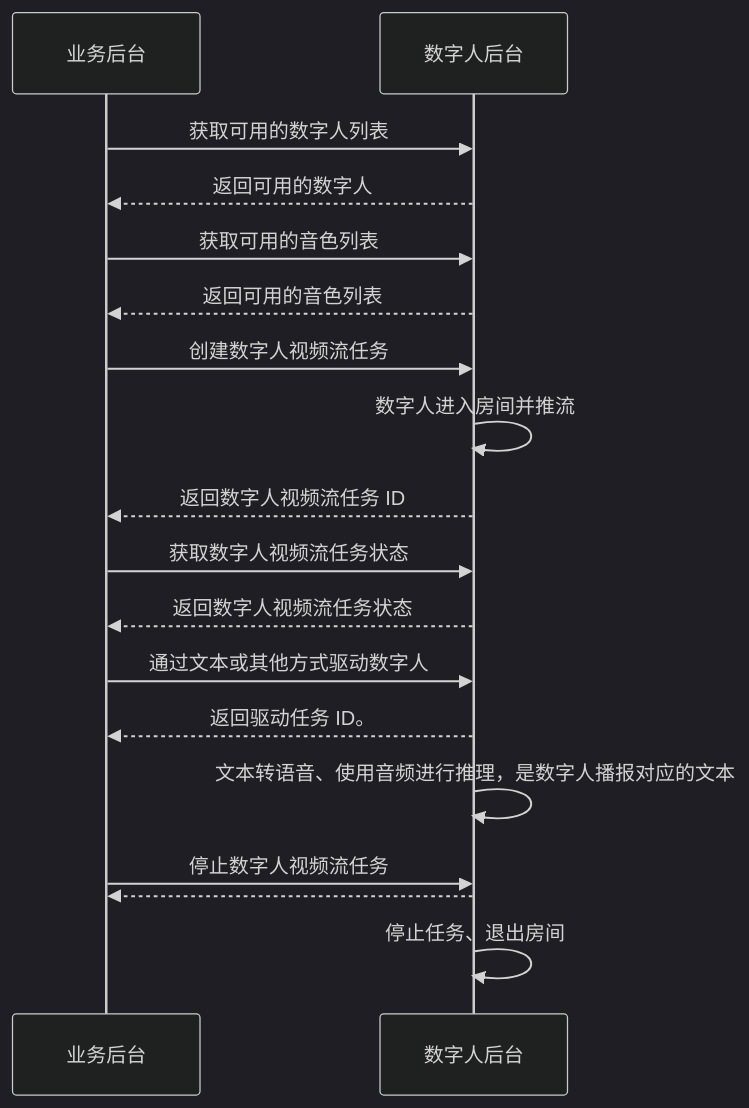
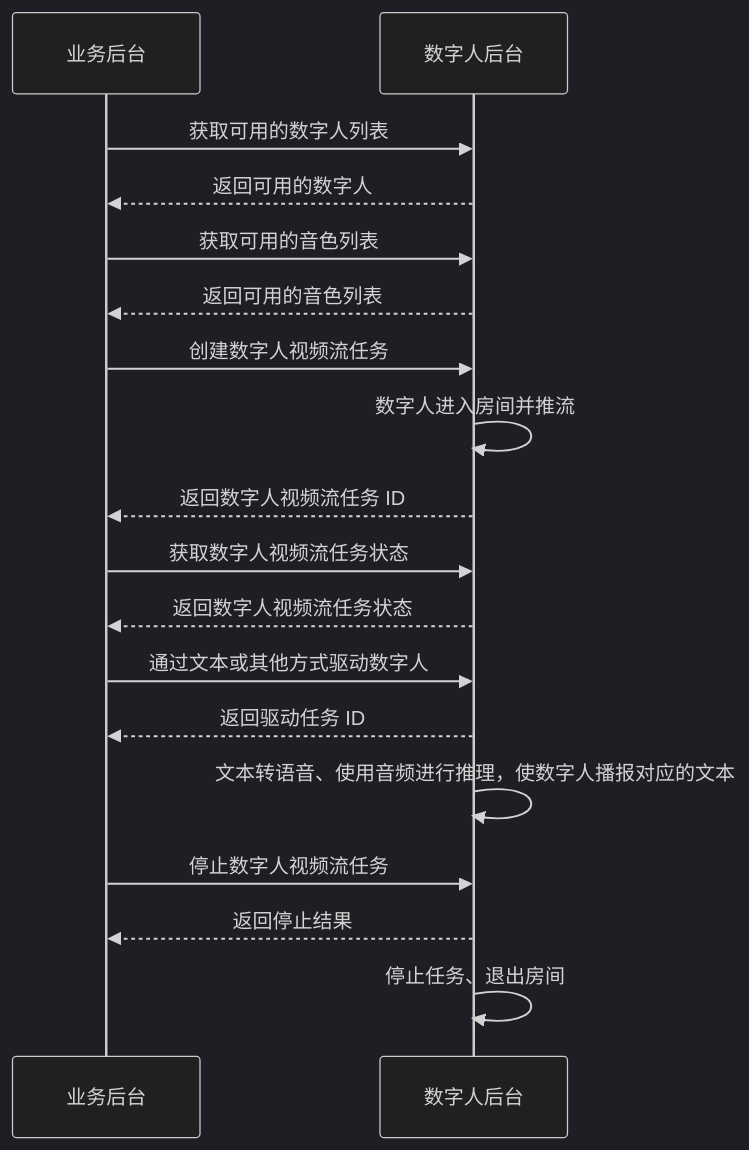
Before and after one commit to ZEGOCLOUD/docs_all: the diagram in core_products/digital-human/zh/server/quick-start/digital-human-livestreaming.mdx, drawn with Mermaid (dark theme). The commit also changed 2 other files, not shown here.

Commit message:
Refactor digital human API documentation structure by updating sidebar paths and correcting platform labels. Enhance clarity in the quick start guide for livestreaming integration.

````diff
--- a/core_products/digital-human/zh/server/quick-start/digital-human-livestreaming.mdx
+++ b/core_products/digital-human/zh/server/quick-start/digital-human-livestreaming.mdx
@@ -23,21 +23,21 @@
 ```mermaid
 sequenceDiagram
     participant 业务后台
     participant 数字人后台
 
     业务后台->>数字人后台: 获取可用的数字人列表
     数字人后台-->>业务后台: 返回可用的数字人
     业务后台->>数字人后台: 获取可用的音色列表
     数字人后台-->>业务后台: 返回可用的音色列表
     业务后台->>数字人后台: 创建数字人视频流任务
     数字人后台->>数字人后台: 数字人进入房间并推流
     数字人后台-->>业务后台: 返回数字人视频流任务 ID
     业务后台->>数字人后台: 获取数字人视频流任务状态
     数字人后台-->>业务后台: 返回数字人视频流任务状态
     业务后台->>数字人后台: 通过文本或其他方式驱动数字人
-    数字人后台-->>业务后台: 返回驱动任务 ID。
-    数字人后台->>数字人后台: 文本转语音、使用音频进行推理，是数字人播报对应的文本
+    数字人后台-->>业务后台: 返回驱动任务 ID
+    数字人后台->>数字人后台: 文本转语音、使用音频进行推理，使数字人播报对应的文本
     业务后台->>数字人后台: 停止数字人视频流任务
-    数字人后台-->>业务后台:
+    数字人后台-->>业务后台: 返回停止结果
     数字人后台->>数字人后台: 停止任务、退出房间
 ```
````
